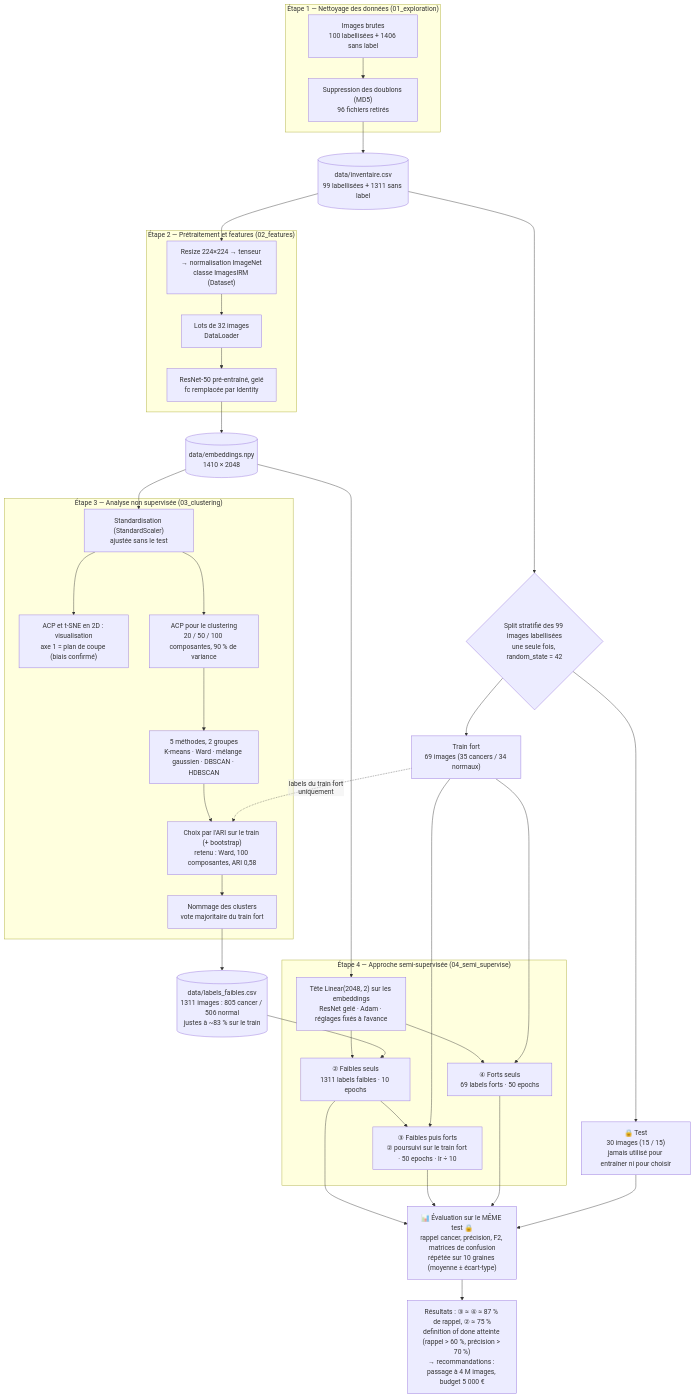
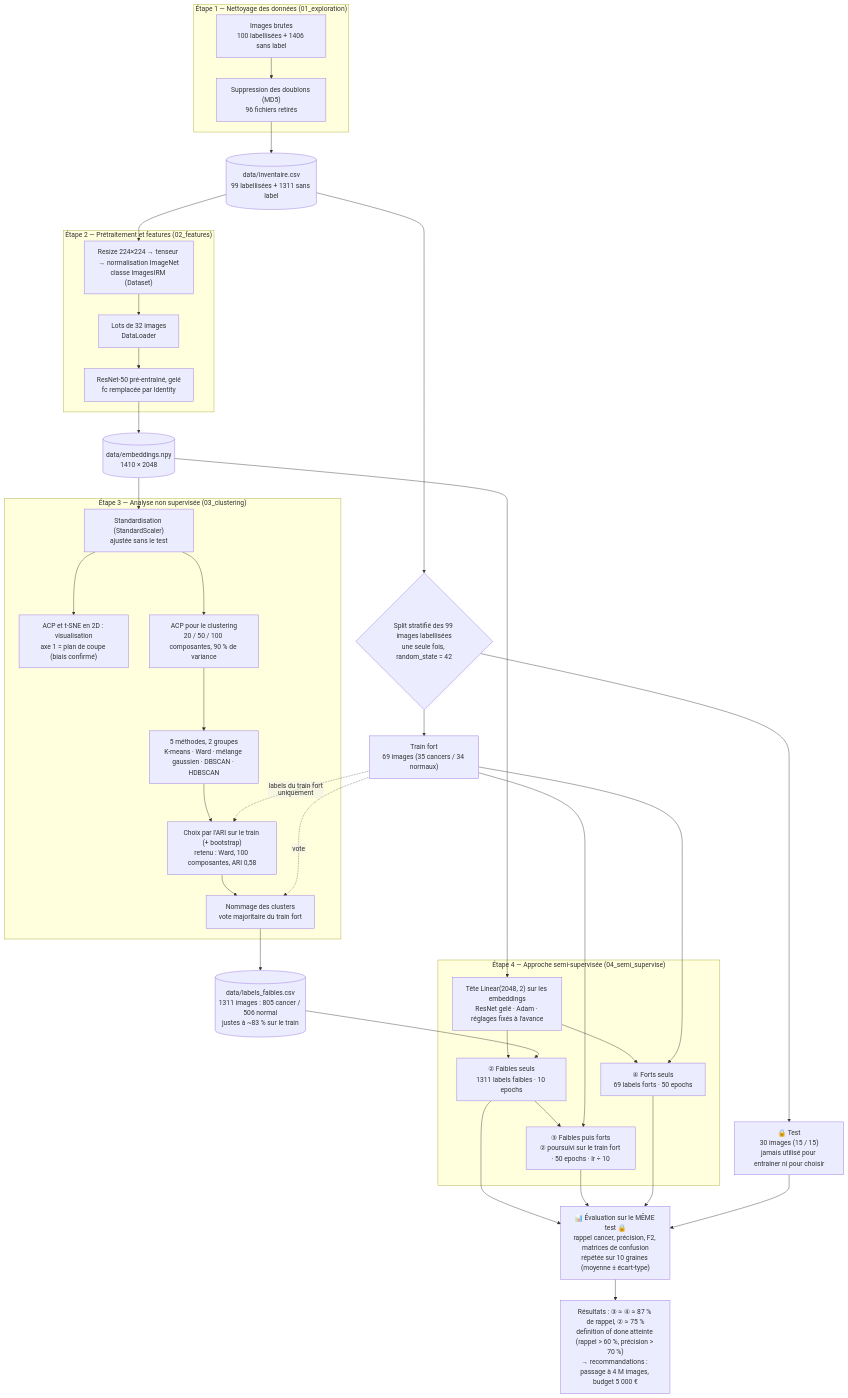
One commit to matthieudevivie/Projet-7---Labellisez-et-appliquez-des-approches-semi-supervisees-en-traitement-d-images changed the diagram in docs/pipeline.md. Above: the diagram before and after it, drawn with Mermaid.

Commit message:
labels du train --> nommage des clusters par vote majoritaire

````diff
--- a/docs/pipeline.md
+++ b/docs/pipeline.md
@@ -1,48 +1,49 @@
 ```mermaid
 %%{init: {"themeVariables": {"fontFamily": "Arial, sans-serif"}, "flowchart": {"htmlLabels": false}}}%%
 flowchart TD
     subgraph E1["Étape 1 — Nettoyage des données (01_exploration)"]
         A["Images brutes<br/>100 labellisées + 1406 sans label"] --> B["Suppression des doublons (MD5)<br/>96 fichiers retirés"]
     end
     B --> INV[("data/inventaire.csv<br/>99 labellisées + 1311 sans label")]
 
     INV --> SPLIT{"Split stratifié des 99 images labellisées<br/>une seule fois, random_state = 42"}
     SPLIT --> TRF["Train fort<br/>69 images (35 cancers / 34 normaux)"]
     SPLIT --> TEST["🔒 Test<br/>30 images (15 / 15)<br/>jamais utilisé pour entraîner ni pour choisir"]
 
     subgraph E2["Étape 2 — Prétraitement et features (02_features)"]
         P["Resize 224×224 → tenseur → normalisation ImageNet<br/>classe ImagesIRM (Dataset)"] --> L["Lots de 32 images<br/>DataLoader"]
         L --> R["ResNet-50 pré-entraîné, gelé<br/>fc remplacée par Identity"]
     end
     INV --> P
     R --> EMB[("data/embeddings.npy<br/>1410 × 2048")]
 
     subgraph E3["Étape 3 — Analyse non supervisée (03_clustering)"]
         S["Standardisation (StandardScaler)<br/>ajustée sans le test"] --> ACP["ACP et t-SNE en 2D : visualisation<br/>axe 1 = plan de coupe (biais confirmé)"]
         S --> NC["ACP pour le clustering<br/>20 / 50 / 100 composantes, 90 % de variance"]
         NC --> CL["5 méthodes, 2 groupes<br/>K-means · Ward · mélange gaussien · DBSCAN · HDBSCAN"]
         CL --> ARI["Choix par l'ARI sur le train (+ bootstrap)<br/>retenu : Ward, 100 composantes, ARI 0,58"]
         ARI --> VOTE["Nommage des clusters<br/>vote majoritaire du train fort"]
     end
     EMB --> S
     TRF -. "labels du train fort uniquement" .-> ARI
+        TRF -. "vote" .-> VOTE
     VOTE --> LF[("data/labels_faibles.csv<br/>1311 images : 805 cancer / 506 normal<br/>justes à ~83 % sur le train")]
 
     subgraph E4["Étape 4 — Approche semi-supervisée (04_semi_supervise)"]
         H["Tête Linear(2048, 2) sur les embeddings<br/>ResNet gelé · Adam · réglages fixés à l'avance"]
         M2["② Faibles seuls<br/>1311 labels faibles · 10 epochs"] --> M3["③ Faibles puis forts<br/>② poursuivi sur le train fort · 50 epochs · lr ÷ 10"]
         M4["④ Forts seuls<br/>69 labels forts · 50 epochs"]
         H --> M2
         H --> M4
     end
     EMB --> H
     LF --> M2
     TRF --> M3
     TRF --> M4
 
     M2 --> EV["📊 Évaluation sur le MÊME test 🔒<br/>rappel cancer, précision, F2, matrices de confusion<br/>répétée sur 10 graines (moyenne ± écart-type)"]
     M3 --> EV
     M4 --> EV
     TEST --> EV
     EV --> CMP["Résultats : ③ ≈ ④ ≈ 87 % de rappel, ② ≈ 75 %<br/>definition of done atteinte (rappel > 60 %, précision > 70 %)<br/>→ recommandations : passage à 4 M images, budget 5 000 €"]
 ```
````
